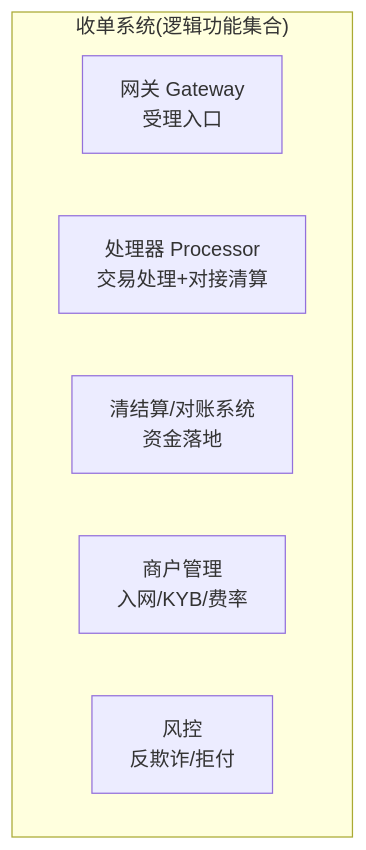
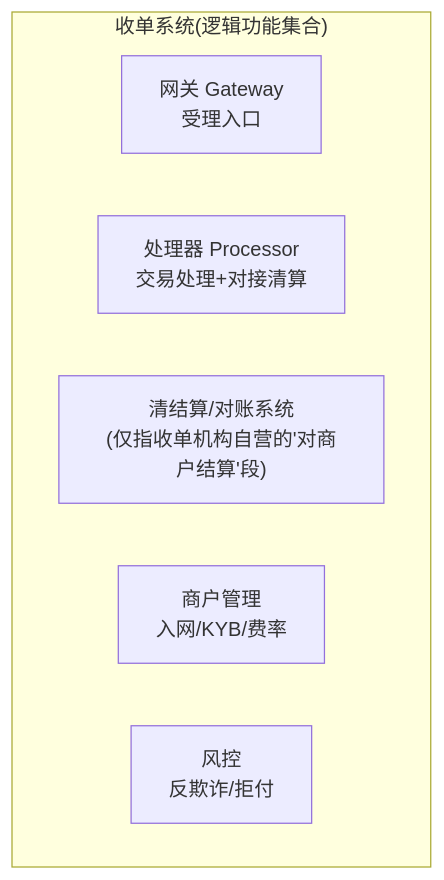
The seventh of 24 diagrams in payment/traditional-payment/01b-acquiring-psp-payfac.md (loong-ju/tech-research), drawn with Mermaid before and after one commit. The commit also changed other lines of this file and 1 other file, not shown here.

````diff
--- a/payment/traditional-payment/01b-acquiring-psp-payfac.md
+++ b/payment/traditional-payment/01b-acquiring-psp-payfac.md
@@ -187,10 +187,10 @@
 ```mermaid
 flowchart TB
     subgraph 收单系统["收单系统(逻辑功能集合)"]
         GW["网关 Gateway<br/>受理入口"]
         PROC["处理器 Processor<br/>交易处理+对接清算"]
-        SETTLE["清结算/对账系统<br/>资金落地"]
+        SETTLE["清结算/对账系统<br/>(仅指收单机构自营的'对商户结算'段)"]
         MM["商户管理<br/>入网/KYB/费率"]
         RISK["风控<br/>反欺诈/拒付"]
     end
 ```
````
